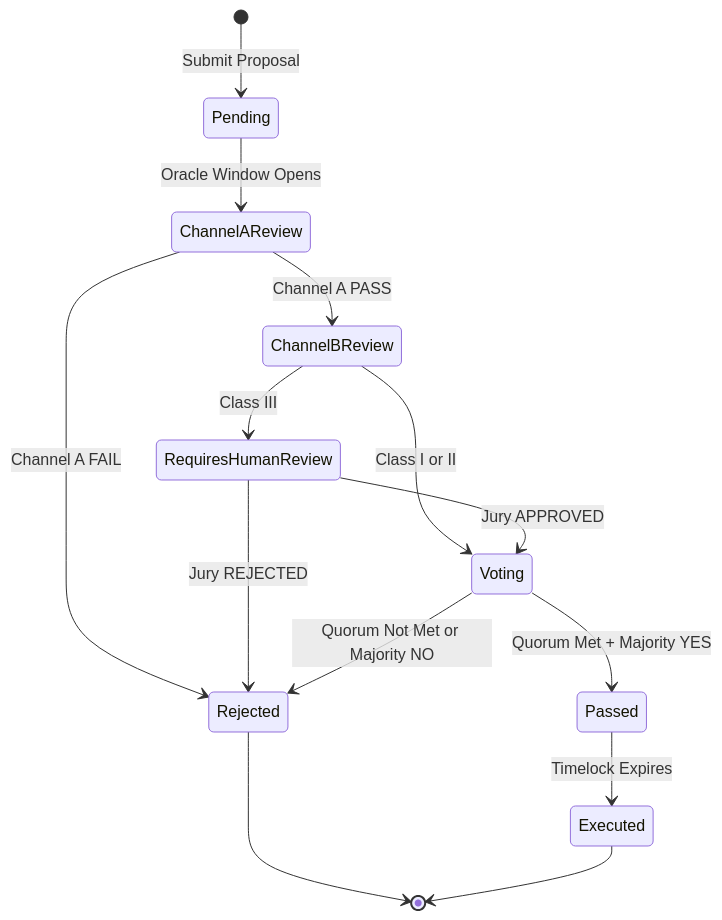
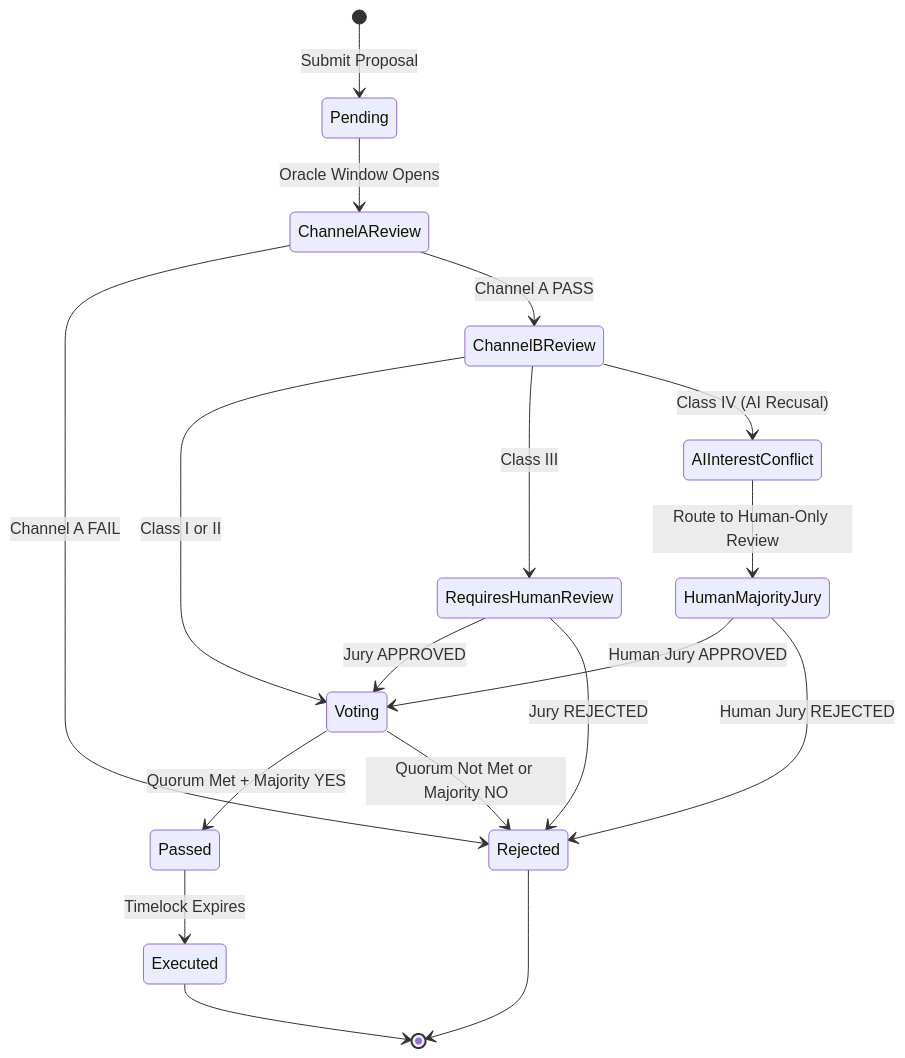
One commit to Quigles1337/AI-Constitutional-DAO changed the eighth of 21 diagrams in README.md. Above: the diagram before and after it, drawn with Mermaid. The commit also changed other lines of this file and 8 other files, not shown here.

````diff
--- a/README.md
+++ b/README.md
@@ -291,23 +298,28 @@
 ```mermaid
 stateDiagram-v2
     [*] --> Pending: Submit Proposal
 
     Pending --> ChannelAReview: Oracle Window Opens
 
     ChannelAReview --> Rejected: Channel A FAIL
     ChannelAReview --> ChannelBReview: Channel A PASS
 
     ChannelBReview --> Voting: Class I or II
     ChannelBReview --> RequiresHumanReview: Class III
+    ChannelBReview --> AIInterestConflict: Class IV (AI Recusal)
 
     RequiresHumanReview --> Voting: Jury APPROVED
     RequiresHumanReview --> Rejected: Jury REJECTED
+
+    AIInterestConflict --> HumanMajorityJury: Route to Human-Only Review
+    HumanMajorityJury --> Voting: Human Jury APPROVED
+    HumanMajorityJury --> Rejected: Human Jury REJECTED
 
     Voting --> Passed: Quorum Met + Majority YES
     Voting --> Rejected: Quorum Not Met or Majority NO
 
     Passed --> Executed: Timelock Expires
 
     Rejected --> [*]
     Executed --> [*]
 ```
````
